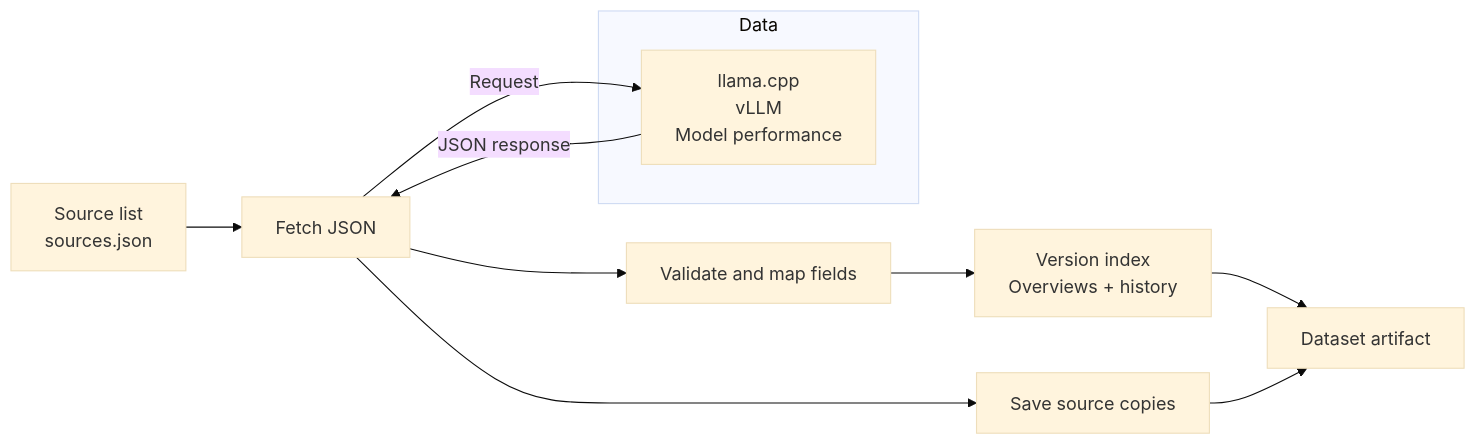
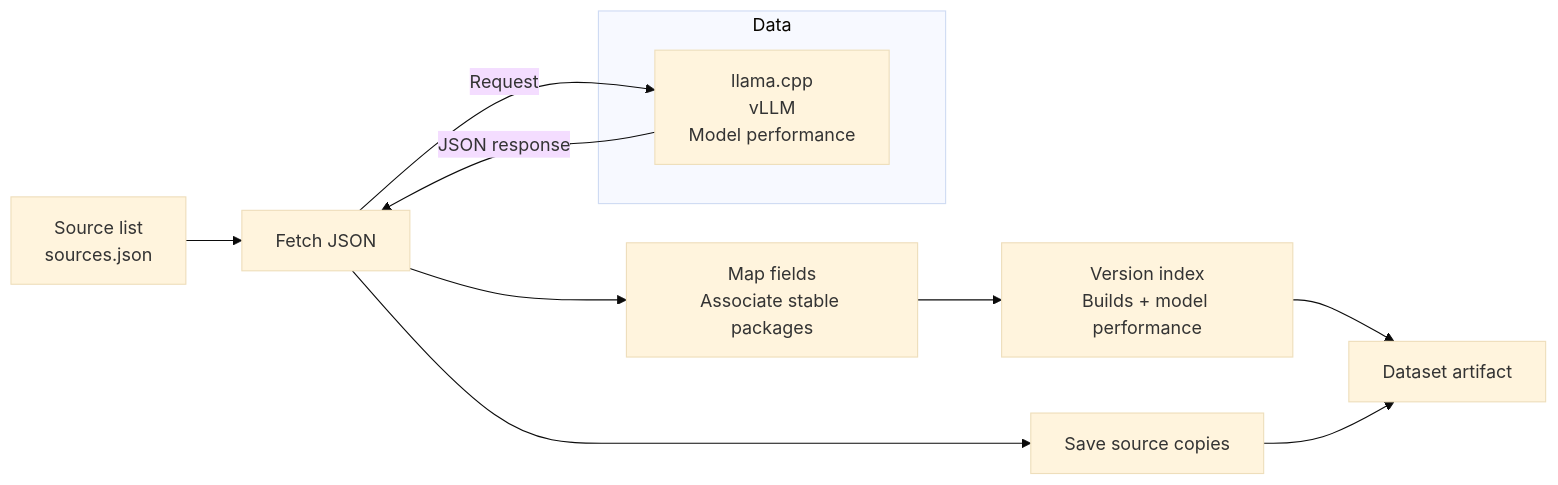
The first of 2 diagrams in docs/data-flow.md (lemonade-sdk/rocm-readiness), drawn with Mermaid (base theme) before and after one commit. The commit also changed other lines of this file and 9 other files, not shown here.

Commit message:
Associate stable model measurements with verified ROCm packages

````diff
--- a/docs/data-flow.md
+++ b/docs/data-flow.md
@@ -15,14 +15,14 @@
 ```mermaid
 flowchart LR
     Config["Source list<br/>sources.json"] --> Fetch["Fetch JSON"]
     subgraph Data["Data"]
         Sources["llama.cpp<br/>vLLM<br/>Model performance"]
     end
     Fetch -->|Request| Sources
     Sources -->|JSON response| Fetch
-    Fetch --> Map["Validate and map fields"]
-    Map --> Output["Version index<br/>Overviews + history"]
+    Fetch --> Map["Map fields<br/>Associate stable packages"]
+    Map --> Output["Version index<br/>Builds + model performance"]
     Fetch --> Copies["Save source copies"]
     Output --> Artifact["Dataset artifact"]
     Copies --> Artifact
 ```
````
